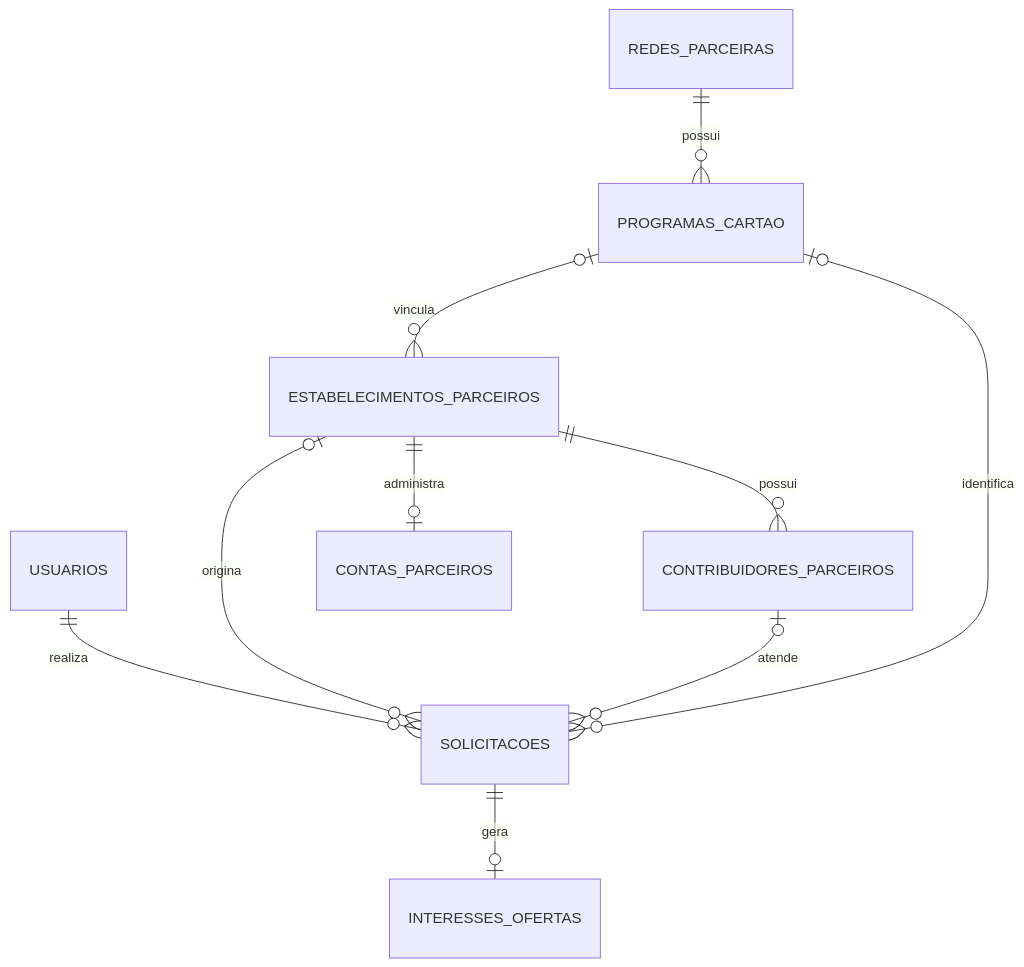
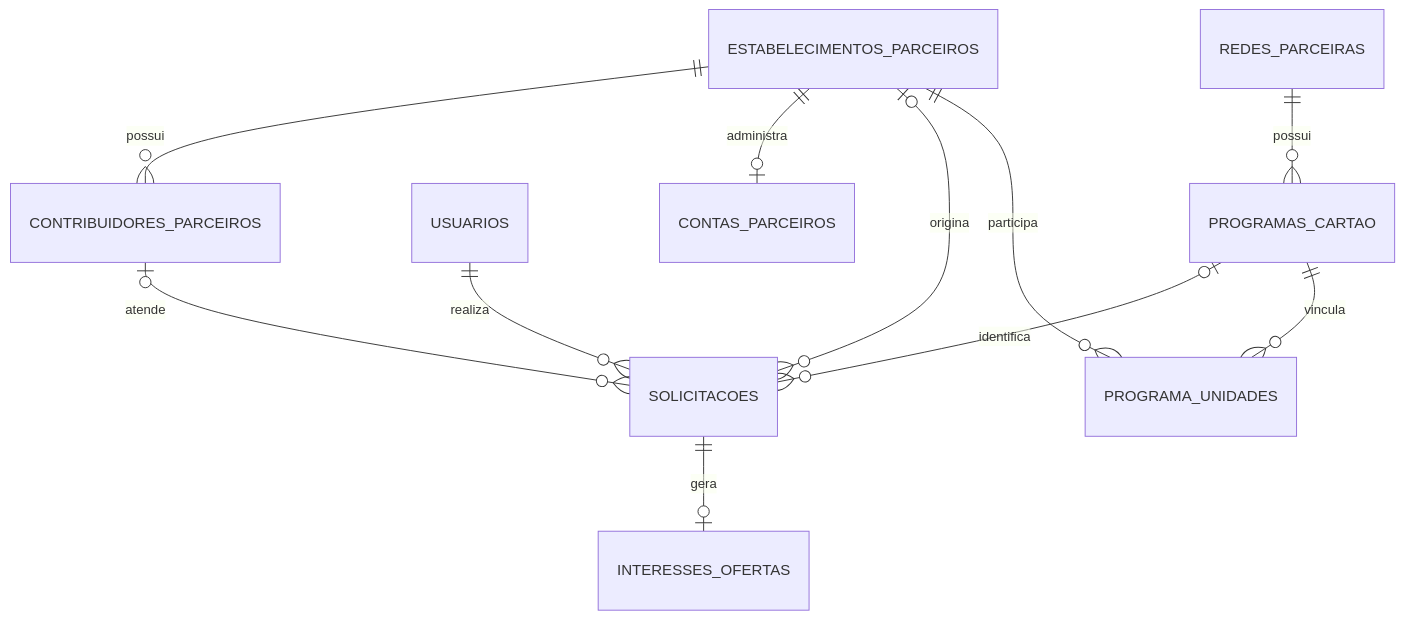
One commit to Big-O-1-Team/Projeto-API-2--Semestre changed the diagram in docs/MODELO_DADOS.md. Above: the diagram before and after it, drawn with Mermaid. The commit also changed other lines of this file and 15 other files, not shown here.

````diff
--- a/docs/MODELO_DADOS.md
+++ b/docs/MODELO_DADOS.md
@@ -3,12 +3,13 @@
 ```mermaid
 erDiagram
     REDES_PARCEIRAS ||--o{ PROGRAMAS_CARTAO : possui
-    PROGRAMAS_CARTAO o|--o{ ESTABELECIMENTOS_PARCEIROS : vincula
+    PROGRAMAS_CARTAO ||--o{ PROGRAMA_UNIDADES : vincula
+    ESTABELECIMENTOS_PARCEIROS ||--o{ PROGRAMA_UNIDADES : participa
     USUARIOS ||--o{ SOLICITACOES : realiza
     PROGRAMAS_CARTAO o|--o{ SOLICITACOES : identifica
     ESTABELECIMENTOS_PARCEIROS o|--o{ SOLICITACOES : origina
     ESTABELECIMENTOS_PARCEIROS ||--o| CONTAS_PARCEIROS : administra
     ESTABELECIMENTOS_PARCEIROS ||--o{ CONTRIBUIDORES_PARCEIROS : possui
     CONTRIBUIDORES_PARCEIROS o|--o{ SOLICITACOES : atende
     SOLICITACOES ||--o| INTERESSES_OFERTAS : gera
 ```
````
